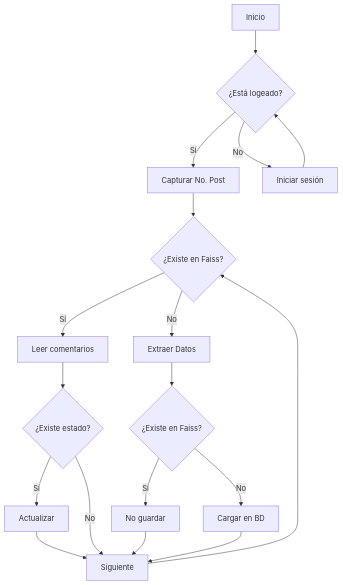
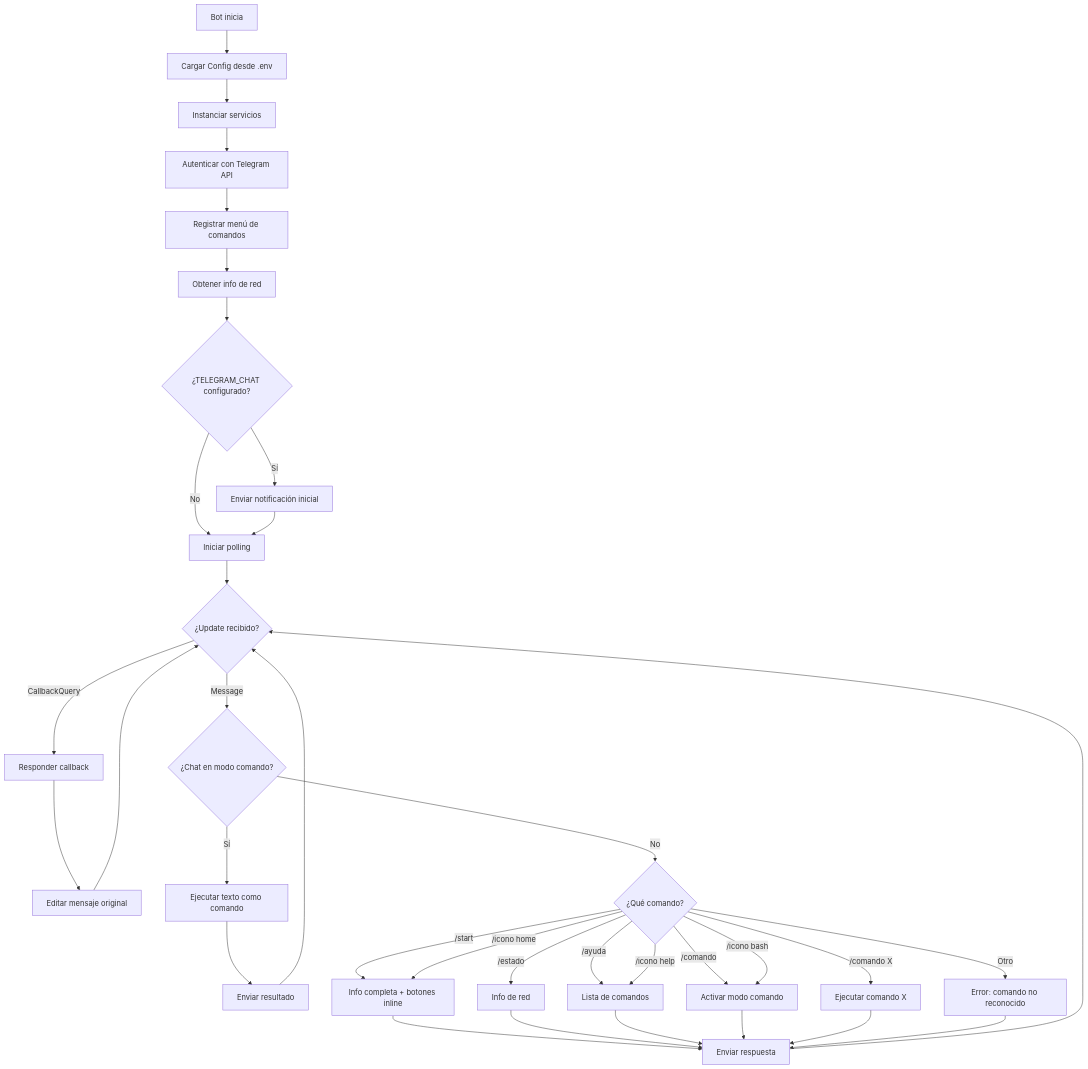
One commit to MartinCiro/telegram_go changed the second of 3 diagrams in README.md. Above: the diagram before and after it, drawn with Mermaid. The commit also changed other lines of this file and 3 other files, not shown here.

````diff
--- a/README.md
+++ b/README.md
@@ -80,20 +182,41 @@
 ```mermaid
 graph TD
-    A[Inicio] --> C{¿Está logeado?}
-    C -->|Sí| D[Capturar No. Post]
-    C -->|No| E[Iniciar sesión]
-    E --> C
-    D --> F{¿Existe en Faiss?}
-    F -->|Sí| G[Leer comentarios]
-    G --> I{¿Existe estado?}
-    I -->|Sí| J[Actualizar]
-    J --> K[Siguiente]
-    I -->|No| K
-    K --> F
-    F -->|No| H[Extraer Datos]
-    H --> Ha{¿Existe en Faiss?}
-    Ha -->|Sí| Hb[No guardar]
-    Hb --> K
-    Ha -->|No| Hc[Cargar en BD]
-    Hc --> K
+    A[Bot inicia] --> B[Cargar Config desde .env]
+    B --> C[Instanciar servicios]
+    C --> D[Autenticar con Telegram API]
+    D --> E[Registrar menú de comandos]
+    E --> F[Obtener info de red]
+    F --> G{¿TELEGRAM_CHAT configurado?}
+    G -->|Sí| H[Enviar notificación inicial]
+    G -->|No| I[Iniciar polling]
+    H --> I
+    
+    I --> J{¿Update recibido?}
+    J -->|CallbackQuery| K[Responder callback]
+    K --> L[Editar mensaje original]
+    L --> J
+    
+    J -->|Message| M{¿Chat en modo comando?}
+    M -->|Sí| N[Ejecutar texto como comando]
+    N --> O[Enviar resultado]
+    O --> J
+    
+    M -->|No| P{¿Qué comando?}
+    P -->|/start| Q[Info completa + botones inline]
+    P -->|/estado| R[Info de red]
+    P -->|/ayuda| S[Lista de comandos]
+    P -->|/comando| T[Activar modo comando]
+    P -->|/comando X| U[Ejecutar comando X]
+    P -->|/icono home| Q
+    P -->|/icono help| S
+    P -->|/icono bash| T
+    P -->|Otro| V[Error: comando no reconocido]
+    
+    Q --> W[Enviar respuesta]
+    R --> W
+    S --> W
+    T --> W
+    U --> W
+    V --> W
+    W --> J
 ```
````
